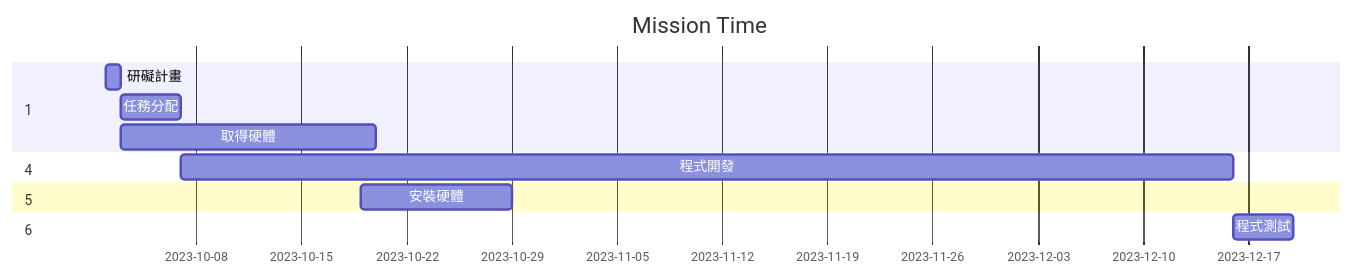
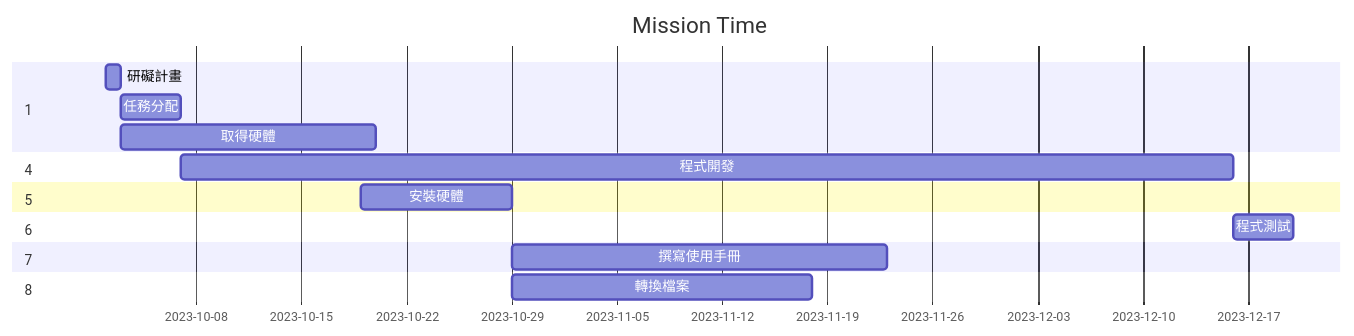
The diagram in hw2.md (Landingran/23a), drawn with Mermaid before and after one commit.

````diff
--- a/hw2.md
+++ b/hw2.md
@@ -3,19 +3,23 @@
 ```mermaid
 gantt
     title Mission Time
 
     section 1
     研礙計畫           :a1, 2023-10-02, 1d
     任務分配     :after a1  , 4d
     取得硬體     :after a1  , 17d
     section 4
     程式開發      :a4, 2023-10-7  , 70d
     section 5
-    安裝硬體     :2023-10-19   ,10d
+    安裝硬體     :a5, 2023-10-19   ,10d
     section 6
     程式測試    :after a4   ,4d
-    
+    section 7
+    撰寫使用手冊    :after a5 ,25d
+    section 8
+    轉換檔案     :after a5  , 20d
+    section 9
 
 
 
 ```
````
